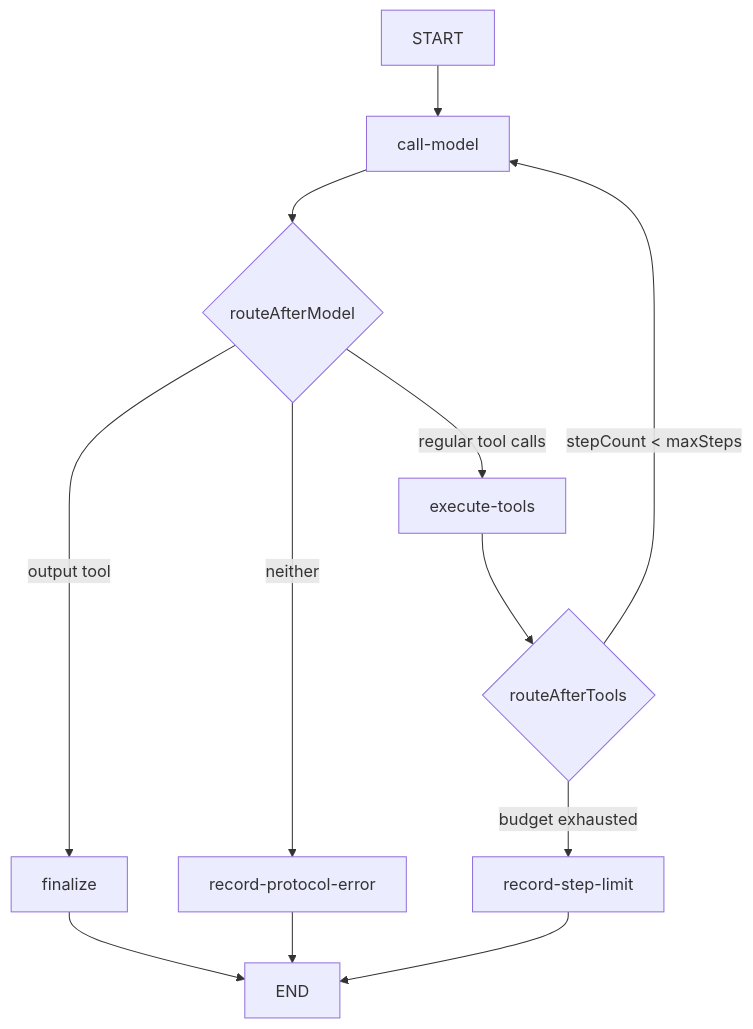
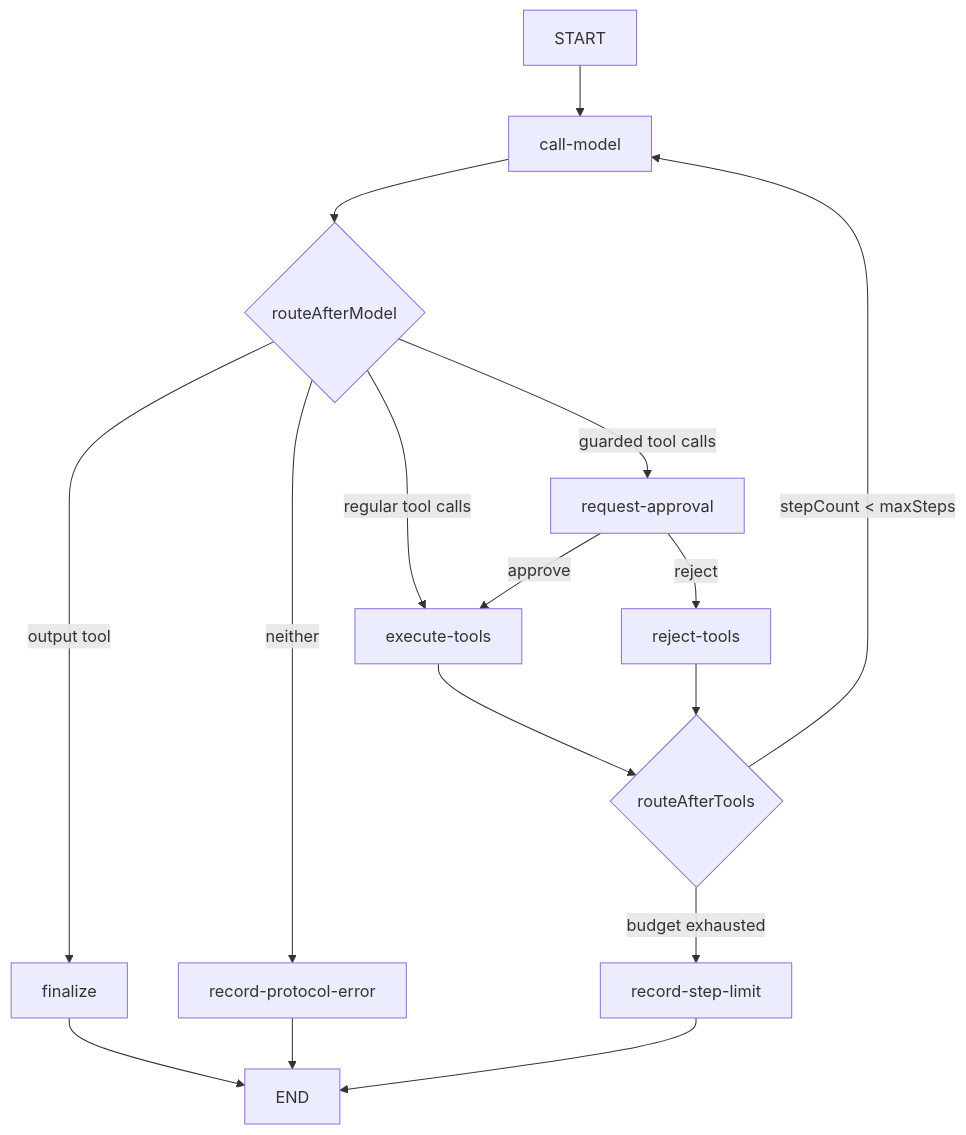
One commit to sarreche/boio-agents-lab changed the diagram in docs/02-langgraph-runtime.md. Above: the diagram before and after it, drawn with Mermaid. The commit also changed other lines of this file and 29 other files, not shown here.

````diff
--- a/docs/02-langgraph-runtime.md
+++ b/docs/02-langgraph-runtime.md
@@ -9,14 +9,18 @@
 ```mermaid
 flowchart TD
     START --> Model[call-model]
     Model --> ModelRoute{routeAfterModel}
     ModelRoute -->|regular tool calls| Tools[execute-tools]
+    ModelRoute -->|guarded tool calls| Approval[request-approval]
+    Approval -->|approve| Tools
+    Approval -->|reject| Reject[reject-tools]
     ModelRoute -->|output tool| Finalize[finalize]
     ModelRoute -->|neither| Protocol[record-protocol-error]
     Tools --> Budget{routeAfterTools}
+    Reject --> Budget
     Budget -->|stepCount < maxSteps| Model
     Budget -->|budget exhausted| Limit[record-step-limit]
     Finalize --> END
     Protocol --> END
     Limit --> END
 ```
````
